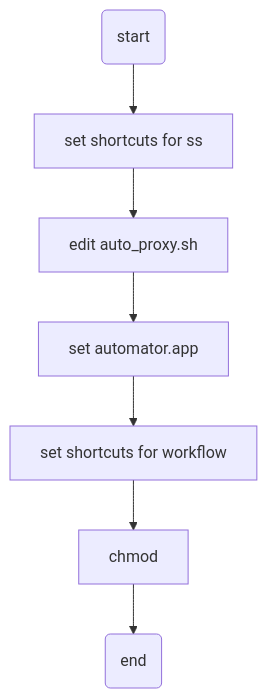
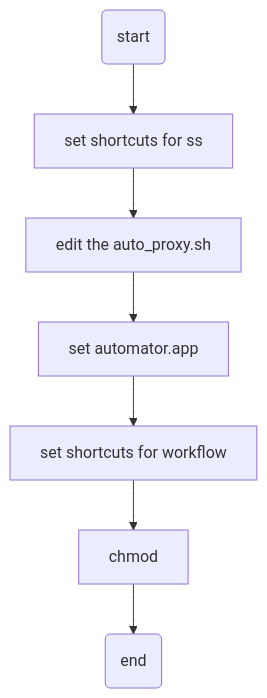
The diagram in docs/apple.md (idlewith/blog), drawn with Mermaid before and after one commit. The commit also changed other lines of this file and 4 other files, not shown here.

````diff
--- a/docs/apple.md
+++ b/docs/apple.md
@@ -24,9 +24,9 @@
 ```mermaid
 flowchart TD
 A(start) --> B[set shortcuts for ss]
-B --> C[edit auto_proxy.sh]
+B --> C[edit the auto_proxy.sh]
 C --> D[set automator.app]
 D --> E[set shortcuts for workflow]
 E --> F[chmod]
 F --> G(end)
 ```
````
